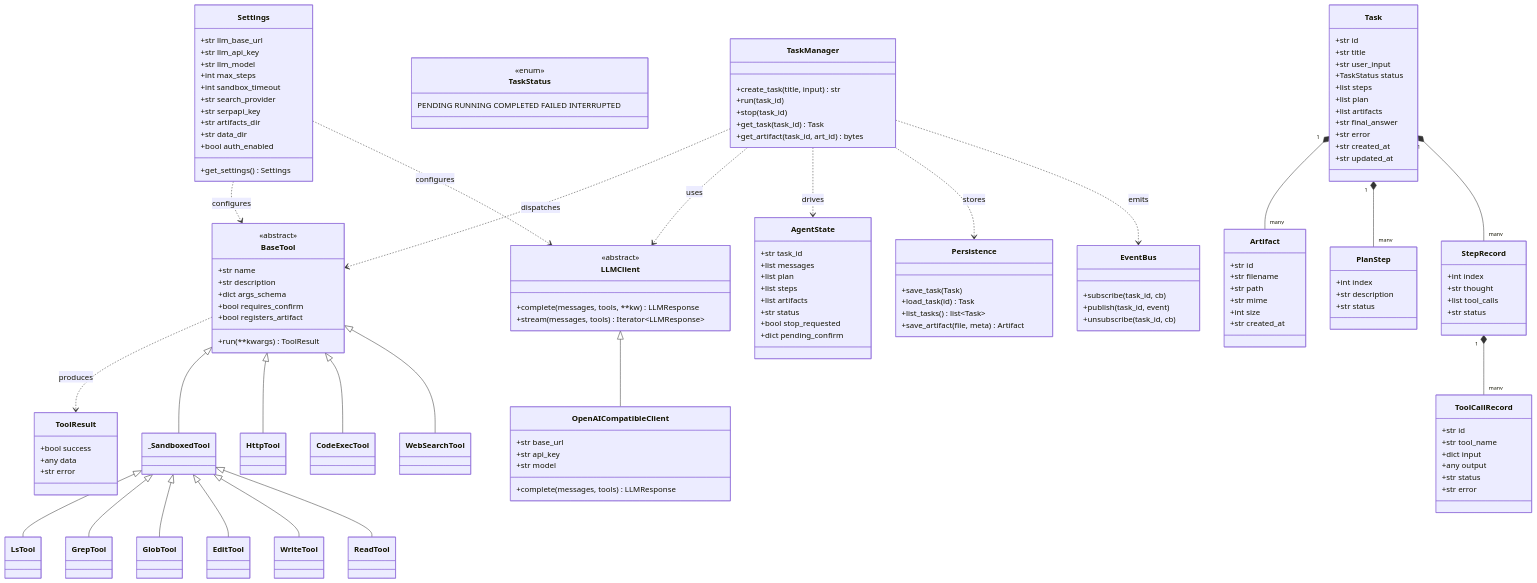
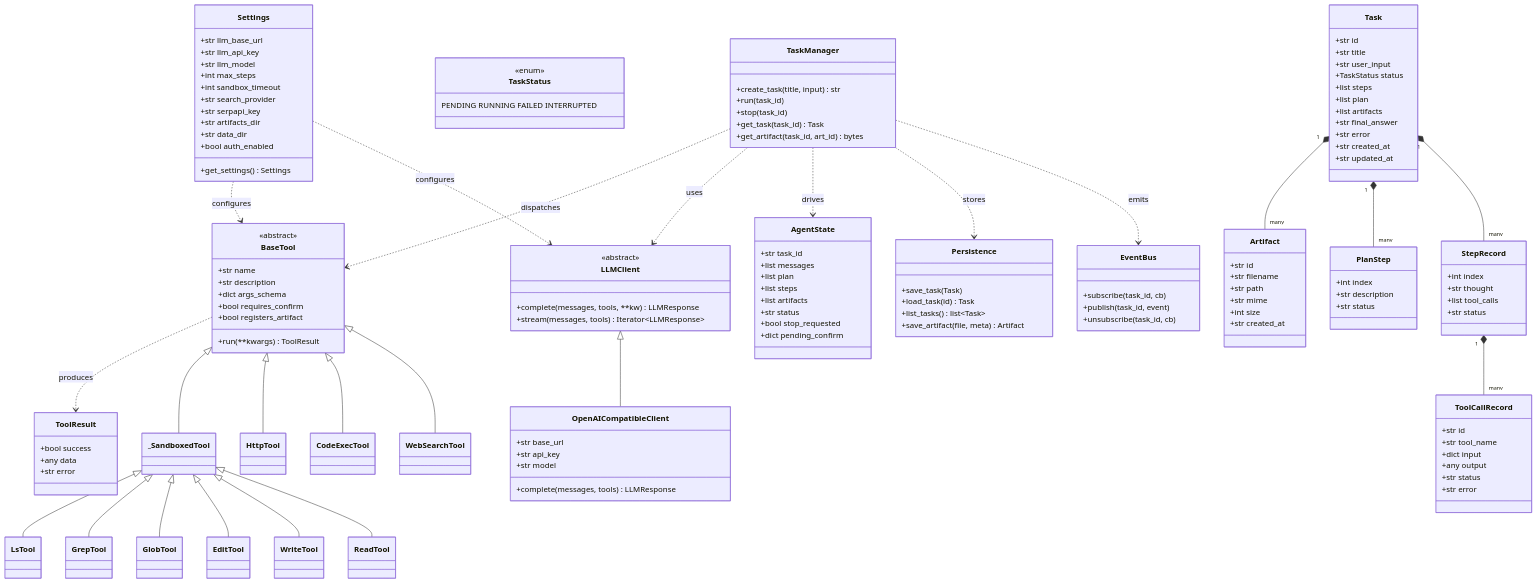
The first of 3 diagrams in docs/architecture.md (renjianguojinqianfan/langgraph-agent), drawn with Mermaid before and after one commit. The commit also changed other lines of this file and 57 other files, not shown here.

```diff
--- a/docs/architecture.md
+++ b/docs/architecture.md
@@ -230,7 +230,7 @@
     %% ── 持久化模型 ──
     class TaskStatus {
         <<enum>>
-        PENDING RUNNING COMPLETED FAILED INTERRUPTED
+        PENDING RUNNING FAILED INTERRUPTED
     }
     class ToolCallRecord {
         +str id
```
